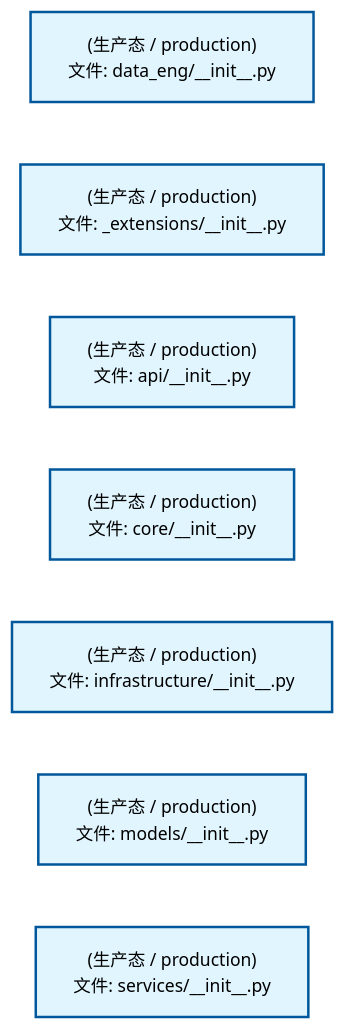
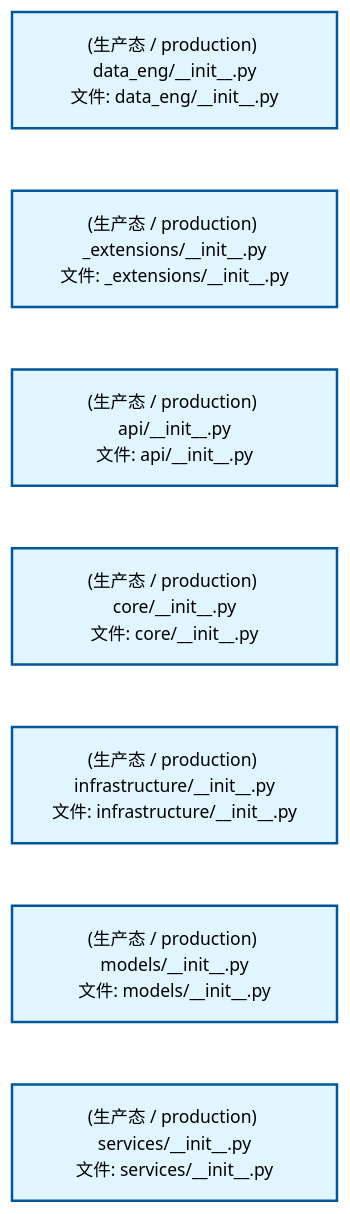
One commit to xuanFelixVan/ZephyrAlpha changed the first of 2 diagrams in docs/02_enterprise_architecture/02_domain_architecture_docs/12_d_data_eng.md. Above: the diagram before and after it, drawn with Mermaid. The commit also changed other lines of this file and 77 other files, not shown here.

````diff
--- a/docs/02_enterprise_architecture/02_domain_architecture_docs/12_d_data_eng.md
+++ b/docs/02_enterprise_architecture/02_domain_architecture_docs/12_d_data_eng.md
@@ -53,22 +53,22 @@
 ```mermaid
 %%{init: {'theme': 'base', 'themeVariables': {'primaryColor': '#eaeaea', 'primaryTextColor': '#333333', 'primaryBorderColor': '#666666', 'lineColor': '#666666', 'secondaryColor': '#eaeaea', 'tertiaryColor': '#eaeaea', 'fontSize': '14px'}}}%%
 flowchart TD
-    src_zephyr_data_eng_init_py["(生产态 / production)<br/>文件: data_eng/__init__.py"]
-    src_zephyr_data_eng_extensions_init_py["(生产态 / production)<br/>文件: _extensions/__init__.py"]
-    src_zephyr_data_eng_api_init_py["(生产态 / production)<br/>文件: api/__init__.py"]
-    src_zephyr_data_eng_core_init_py["(生产态 / production)<br/>文件: core/__init__.py"]
-    src_zephyr_data_eng_infrastructure_init_py["(生产态 / production)<br/>文件: infrastructure/__init__.py"]
-    src_zephyr_data_eng_models_init_py["(生产态 / production)<br/>文件: models/__init__.py"]
-    src_zephyr_data_eng_services_init_py["(生产态 / production)<br/>文件: services/__init__.py"]
+    src_zephyr_data_eng_init_py["(生产态 / production) data_eng/__init__.py<br/>文件: data_eng/__init__.py"]
+    src_zephyr_data_eng_extensions_init_py["(生产态 / production) _extensions/__init__.py<br/>文件: _extensions/__init__.py"]
+    src_zephyr_data_eng_api_init_py["(生产态 / production) api/__init__.py<br/>文件: api/__init__.py"]
+    src_zephyr_data_eng_core_init_py["(生产态 / production) core/__init__.py<br/>文件: core/__init__.py"]
+    src_zephyr_data_eng_infrastructure_init_py["(生产态 / production) infrastructure/__init__.py<br/>文件: infrastructure/__init__.py"]
+    src_zephyr_data_eng_models_init_py["(生产态 / production) models/__init__.py<br/>文件: models/__init__.py"]
+    src_zephyr_data_eng_services_init_py["(生产态 / production) services/__init__.py<br/>文件: services/__init__.py"]
     src_zephyr_data_eng_init_py ~~~ src_zephyr_data_eng_extensions_init_py
     src_zephyr_data_eng_extensions_init_py ~~~ src_zephyr_data_eng_api_init_py
     src_zephyr_data_eng_api_init_py ~~~ src_zephyr_data_eng_core_init_py
     src_zephyr_data_eng_core_init_py ~~~ src_zephyr_data_eng_infrastructure_init_py
     src_zephyr_data_eng_infrastructure_init_py ~~~ src_zephyr_data_eng_models_init_py
     src_zephyr_data_eng_models_init_py ~~~ src_zephyr_data_eng_services_init_py
     classDef production fill:#e1f5fe,stroke:#01579b,stroke-width:2px,color:#000
     classDef design fill:#fff3e0,stroke:#e65100,stroke-width:2px,color:#000,stroke-dasharray: 5 5
     classDef external_prod fill:#e8f4fd,stroke:#0277bd,stroke-width:1px,color:#000
     classDef external_design fill:#fff8e7,stroke:#ef6c00,stroke-width:1px,color:#000,stroke-dasharray: 5 5
     class src_zephyr_data_eng_init_py,src_zephyr_data_eng_extensions_init_py,src_zephyr_data_eng_api_init_py,src_zephyr_data_eng_core_init_py,src_zephyr_data_eng_infrastructure_init_py,src_zephyr_data_eng_models_init_py,src_zephyr_data_eng_services_init_py production
 ```
````
